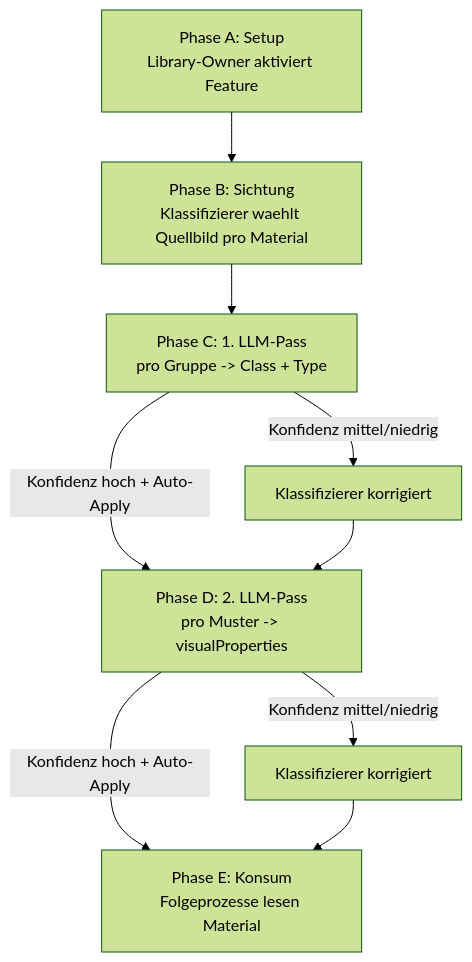
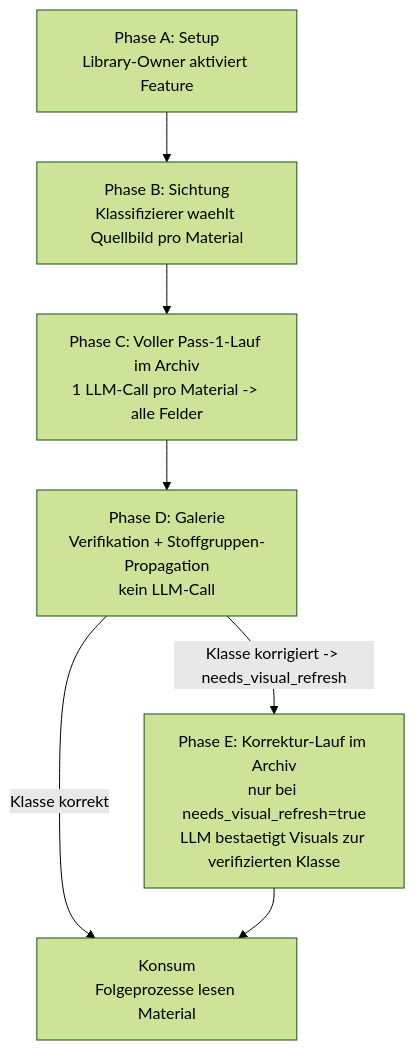
The diagram in .cursor/plans/diva-texture-liefersystem-integration_e7c2a98f.plan.md (bCommonsLAB/CommonKnowledgeScout), drawn with Mermaid (forest theme) before and after one commit. The commit also changed other lines of this file and 1 other file, not shown here.

First line of the commit message:
docs(diva-texture): Pass-Modell + Galerie-Rolle neu ausrichten (User-Entscheid 2026-05-28)

````diff
--- a/.cursor/plans/diva-texture-liefersystem-integration_e7c2a98f.plan.md
+++ b/.cursor/plans/diva-texture-liefersystem-integration_e7c2a98f.plan.md
@@ -157,17 +197,16 @@
 ```mermaid
 flowchart TD
   setup[Phase A: Setup<br/>Library-Owner aktiviert Feature]
   sichtung[Phase B: Sichtung<br/>Klassifizierer waehlt Quellbild pro Material]
-  pass1[Phase C: 1. LLM-Pass<br/>pro Gruppe -> Class + Type]
-  pass2[Phase D: 2. LLM-Pass<br/>pro Muster -> visualProperties]
-  konsum[Phase E: Konsum<br/>Folgeprozesse lesen Material]
+  pass1[Phase C: Voller Pass-1-Lauf im Archiv<br/>1 LLM-Call pro Material -> alle Felder]
+  galerie[Phase D: Galerie<br/>Verifikation + Stoffgruppen-Propagation<br/>kein LLM-Call]
+  korrektur[Phase E: Korrektur-Lauf im Archiv<br/>nur bei needs_visual_refresh=true<br/>LLM bestaetigt Visuals zur verifizierten Klasse]
+  konsum[Konsum<br/>Folgeprozesse lesen Material]
 
   setup --> sichtung
   sichtung --> pass1
-  pass1 -- Konfidenz hoch + Auto-Apply --> pass2
-  pass1 -- Konfidenz mittel/niedrig --> korr1[Klassifizierer korrigiert]
-  korr1 --> pass2
-  pass2 -- Konfidenz hoch + Auto-Apply --> konsum
-  pass2 -- Konfidenz mittel/niedrig --> korr2[Klassifizierer korrigiert]
-  korr2 --> konsum
+  pass1 --> galerie
+  galerie -- Klasse korrekt --> konsum
+  galerie -- Klasse korrigiert -> needs_visual_refresh --> korrektur
+  korrektur --> konsum
 ```
````
